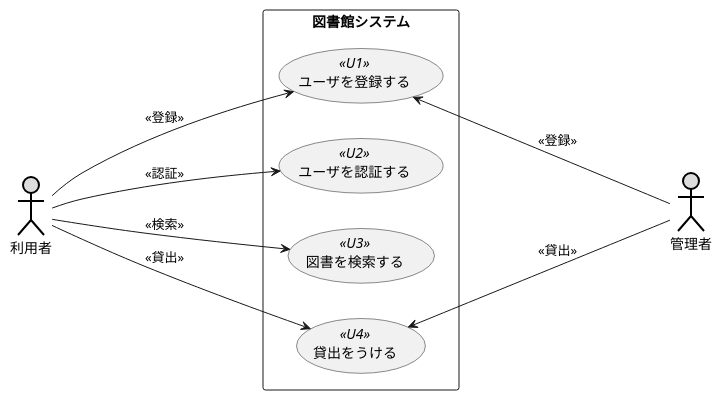
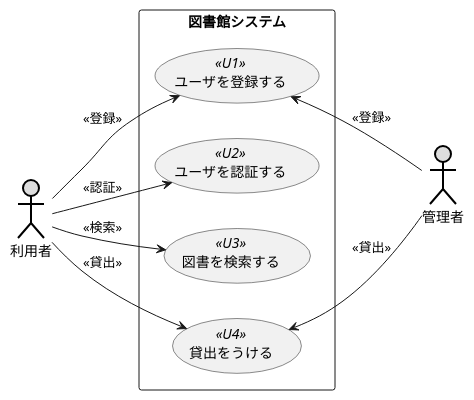
Before and after one commit to koha0516/uml-introduction: the diagram in 例題3_UC_図書館システム.pu, drawn with PlantUML.

Commit message:
例題３矢印を短く修正

```diff
--- a/例題3_UC_図書館システム.pu
+++ b/例題3_UC_図書館システム.pu
@@ -1,17 +1,17 @@
 @startuml 例題3
 left to right direction
 actor 利用者 as user #DDDDDD;line:black;line.bold;
 actor 管理者 as admin #DDDDDD;line:black;line.bold;
 rectangle 図書館システム {
 usecase ユーザを登録する as T << U1 >>
 usecase ユーザを認証する << U2 >>
 usecase 図書を検索する << U3 >>
 usecase 貸出をうける << U4 >>
 }
-user ----> T:<< 登録 >>
-user ----> ユーザを認証する:<< 認証 >>
-user ----> 図書を検索する:<< 検索 >>
-user ----> 貸出をうける:<< 貸出 >>
-T <---- admin:<< 登録 >>
-貸出をうける <---- admin:<< 貸出 >>
+user --> T:<< 登録 >>
+user --> ユーザを認証する:<< 認証 >>
+user --> 図書を検索する:<< 検索 >>
+user --> 貸出をうける:<< 貸出 >>
+T <-- admin:<< 登録 >>
+貸出をうける <-- admin:<< 貸出 >>
 @enduml
```
